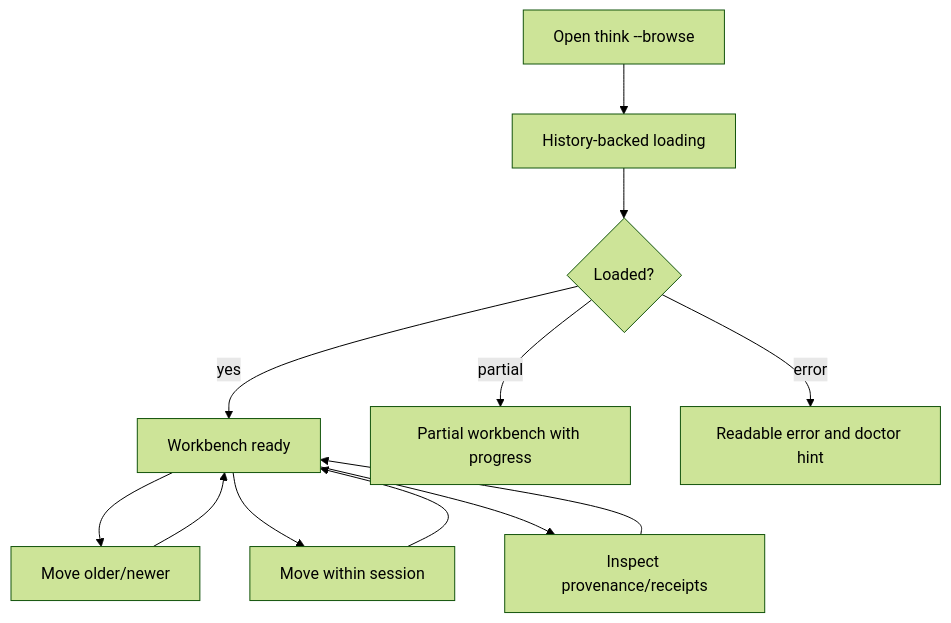
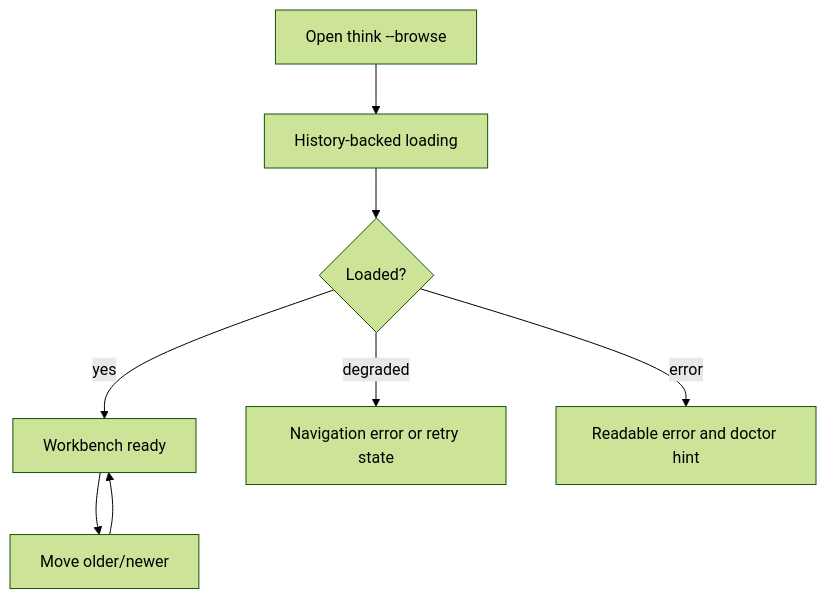
Before and after one commit to flyingrobots/think: the diagram in docs/design/0071-browse-memory-workbench/browse-memory-workbench.md, drawn with Mermaid (forest theme). The commit also changed other lines of this file and 5 other files, not shown here.

````diff
--- a/docs/design/0071-browse-memory-workbench/browse-memory-workbench.md
+++ b/docs/design/0071-browse-memory-workbench/browse-memory-workbench.md
@@ -163,14 +166,10 @@
 ```mermaid
 flowchart TD
     A["Open think --browse"] --> B["History-backed loading"]
     B --> C{"Loaded?"}
     C -->|yes| D["Workbench ready"]
-    C -->|partial| E["Partial workbench with progress"]
+    C -->|degraded| E["Navigation error or retry state"]
     C -->|error| F["Readable error and doctor hint"]
     D --> G["Move older/newer"]
-    D --> H["Move within session"]
-    D --> I["Inspect provenance/receipts"]
     G --> D
-    H --> D
-    I --> D
 ```
````
